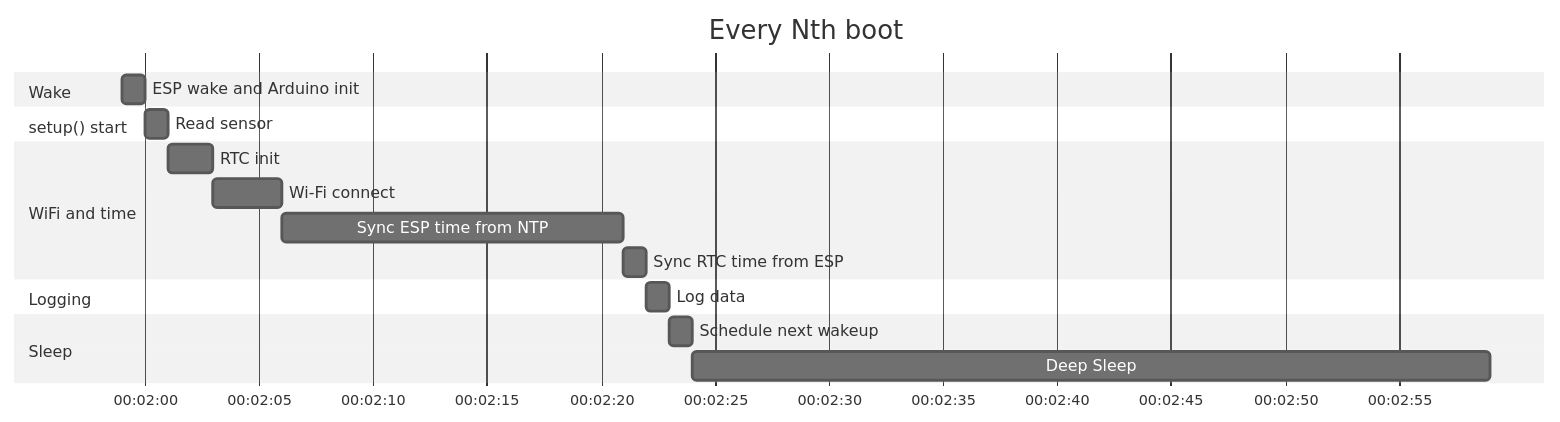
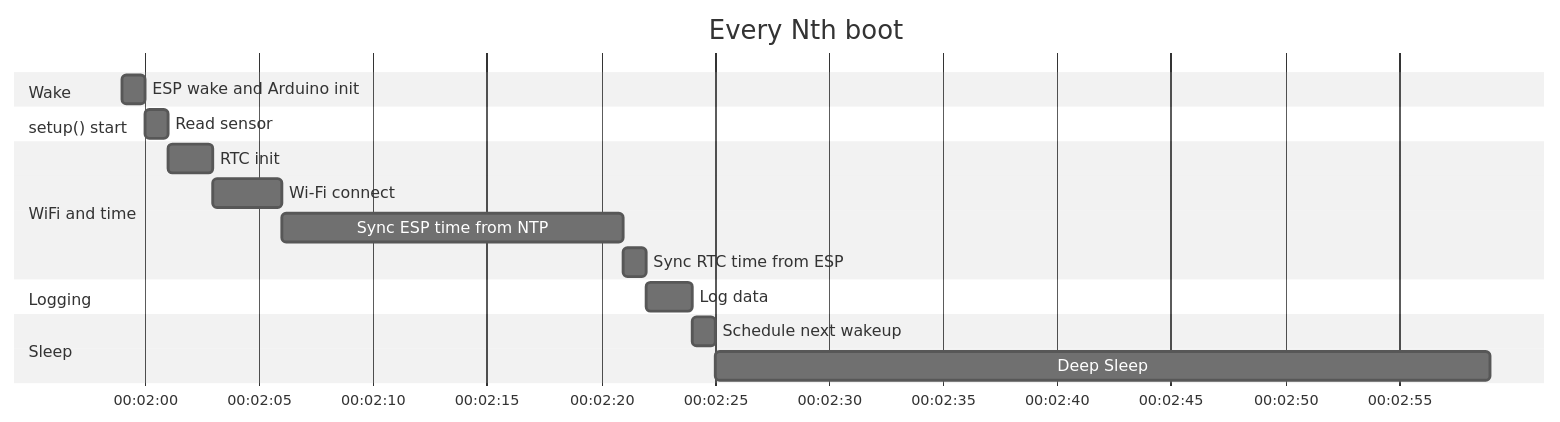
Before and after one commit to hamk-uas/esp32c3-arduino-sensor-iot-skeleton: the third of 4 diagrams in README.md, drawn with Mermaid (neutral theme). The commit also changed other lines of this file and 2 other files, not shown here.

Commit message:
Add data logging to ThingSpeak

````diff
--- a/README.md
+++ b/README.md
@@ -138,26 +165,26 @@
 ```mermaid
 gantt
     title Every Nth boot
 
     dateFormat ms
     axisFormat 00:%M:%S
 
     section Wake
     ESP wake and Arduino init   :wake, 2026-01-01T00:01:59, 1s
 
     section setup() start
     Read sensor                      :sensor, after wake, 1s
 
     section WiFi and time
     RTC init                         :rtc, after sensor, 2s
     Wi-Fi connect                    :wifi, after rtc, 3s
     Sync ESP time from NTP           :ntp, after wifi, 15s
     Sync RTC time from ESP           :rtcu, after ntp, 1s
 
     section Logging
-    Log data                         :log, after rtcu, 1s
+    Log data                         :log, after rtcu, 2s
 
     section Sleep
     Schedule next wakeup             :sleepcalc, after log, 1s
-    Deep Sleep                       :sleep, after sleepcalc, 35s
+    Deep Sleep                       :sleep, after sleepcalc, 34s
 ```
````
